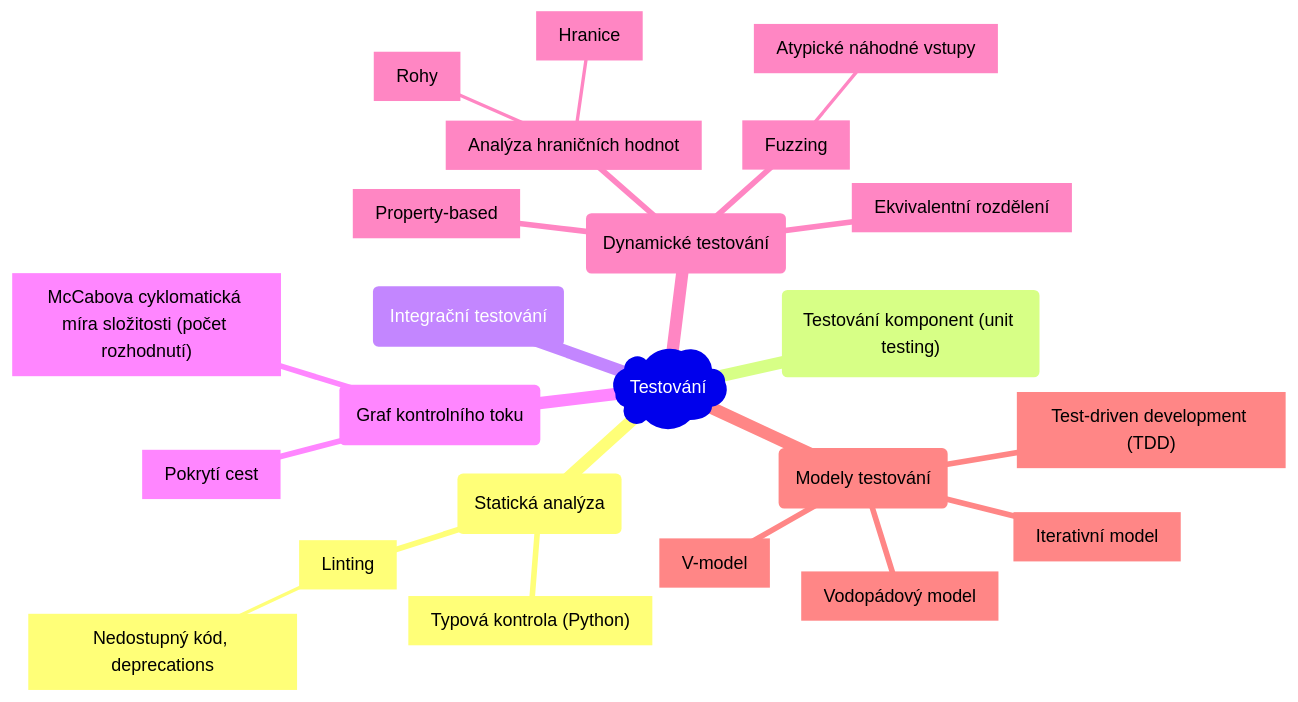
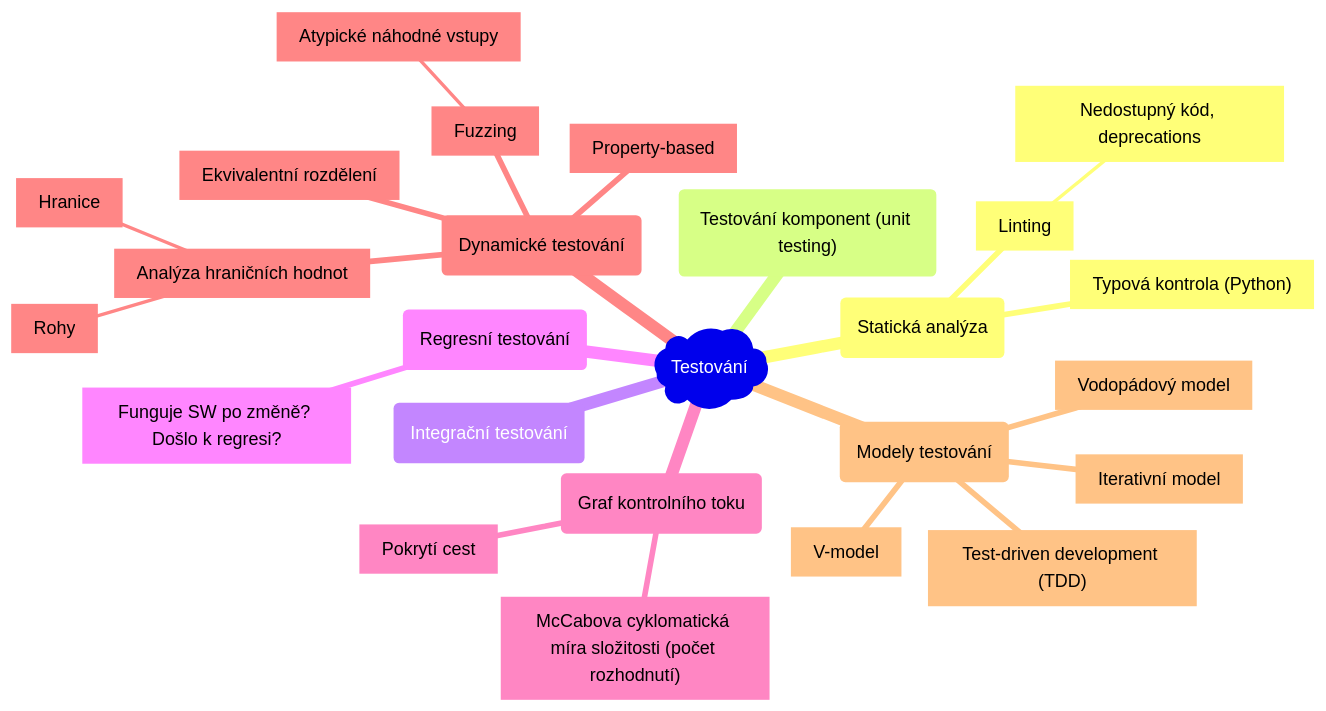
One commit to matejfric/mdbook changed the first of 15 diagrams in src/it/software_engineering.md. Above: the diagram before and after it, drawn with Mermaid. The commit also changed other lines of this file and 6 other files, not shown here.

````diff
--- a/src/it/software_engineering.md
+++ b/src/it/software_engineering.md
@@ -33,26 +34,28 @@
 ```mermaid
 mindmap
   root )Testování)
     (Statická analýza)
         ["Typová kontrola (Python)"]
         ["Linting"]
             [Nedostupný kód, deprecations]
     ("Testování komponent (unit testing)")
     (Integrační testování)
+    (Regresní testování)
+        [Funguje SW po změně? Došlo k regresi?]
     (Graf kontrolního toku)
         [Pokrytí cest]
         ["McCabova cyklomatická míra složitosti (počet rozhodnutí)"]
     (Dynamické testování)
         [Ekvivalentní rozdělení]
         [Analýza hraničních hodnot]
             [Hranice]
             [Rohy]
         [Fuzzing]
             [Atypické náhodné vstupy]
         [Property-based]
     (Modely testování)
         [Vodopádový model]
         [V-model]
         [Iterativní model]
         ["Test-driven development (TDD)"]
 ```
````
